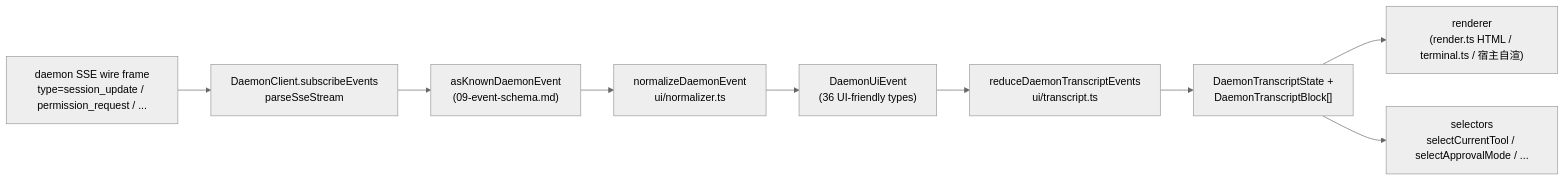
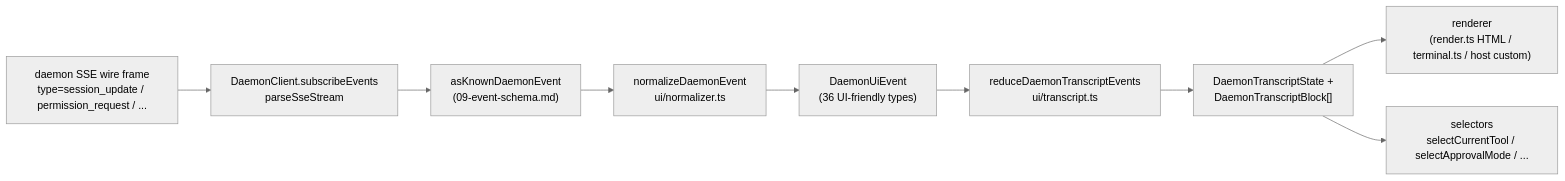
The diagram in docs/developers/daemon/14-cli-tui-adapter.md (QwenLM/qwen-code), drawn with Mermaid (neutral theme) before and after one commit. The commit also changed other lines of this file and 23 other files, not shown here.

````diff
--- a/docs/developers/daemon/14-cli-tui-adapter.md
+++ b/docs/developers/daemon/14-cli-tui-adapter.md
@@ -114,12 +114,12 @@
 ```mermaid
 flowchart LR
     A["daemon SSE wire frame<br/>type=session_update / permission_request / ..."]
     A --> B["DaemonClient.subscribeEvents<br/>parseSseStream"]
     B --> C["asKnownDaemonEvent<br/>(09-event-schema.md)"]
     C --> D["normalizeDaemonEvent<br/>ui/normalizer.ts"]
     D --> E["DaemonUiEvent<br/>(36 UI-friendly types)"]
     E --> F["reduceDaemonTranscriptEvents<br/>ui/transcript.ts"]
     F --> G["DaemonTranscriptState +<br/>DaemonTranscriptBlock[]"]
-    G --> H["renderer<br/>(render.ts HTML / terminal.ts / 宿主自渲)"]
+    G --> H["renderer<br/>(render.ts HTML / terminal.ts / host custom)"]
     G --> I["selectors<br/>selectCurrentTool / selectApprovalMode / ..."]
 ```
````
